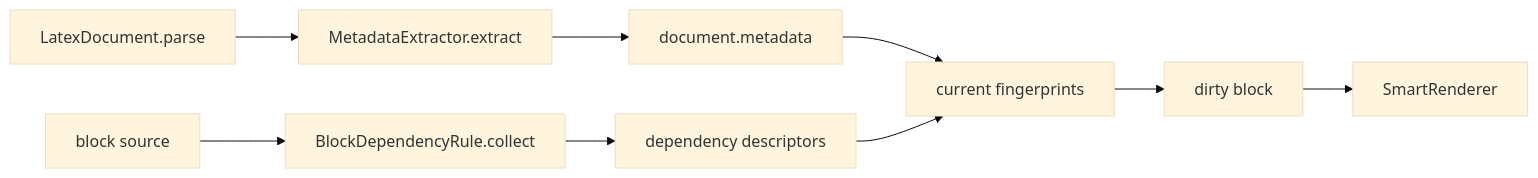
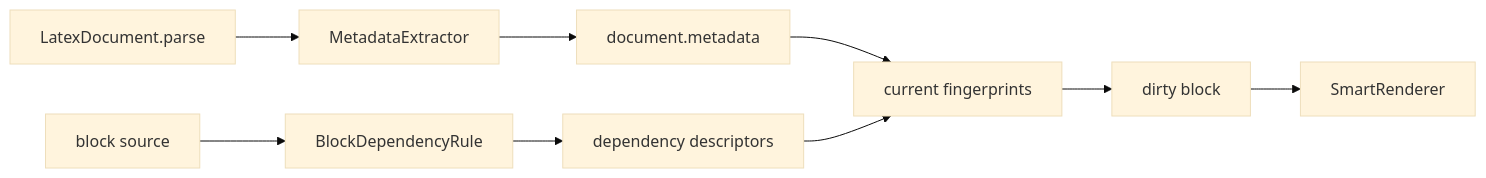
The fifth of 6 diagrams in docs/extending/api/call-relationships.md (qianchd/SnapTeX), drawn with Mermaid (base theme) before and after one commit. The commit also changed other lines of this file and 42 other files, not shown here.

Commit message:
docs: refresh architecture and extension API guidance

````diff
--- a/docs/extending/api/call-relationships.md
+++ b/docs/extending/api/call-relationships.md
@@ -108,11 +107,11 @@
 ```mermaid
 flowchart LR
-    DOC["LatexDocument.parse"] --> EXTRACT["MetadataExtractor.extract"]
+    DOC["LatexDocument.parse"] --> EXTRACT["MetadataExtractor"]
     EXTRACT --> META["document.metadata"]
-    BLOCK["block source"] --> COLLECT["BlockDependencyRule.collect"]
+    BLOCK["block source"] --> COLLECT["BlockDependencyRule"]
     COLLECT --> DESC["dependency descriptors"]
     META --> FP["current fingerprints"]
     DESC --> FP
     FP --> DIRTY["dirty block"]
     DIRTY --> RENDER["SmartRenderer"]
 ```
````
